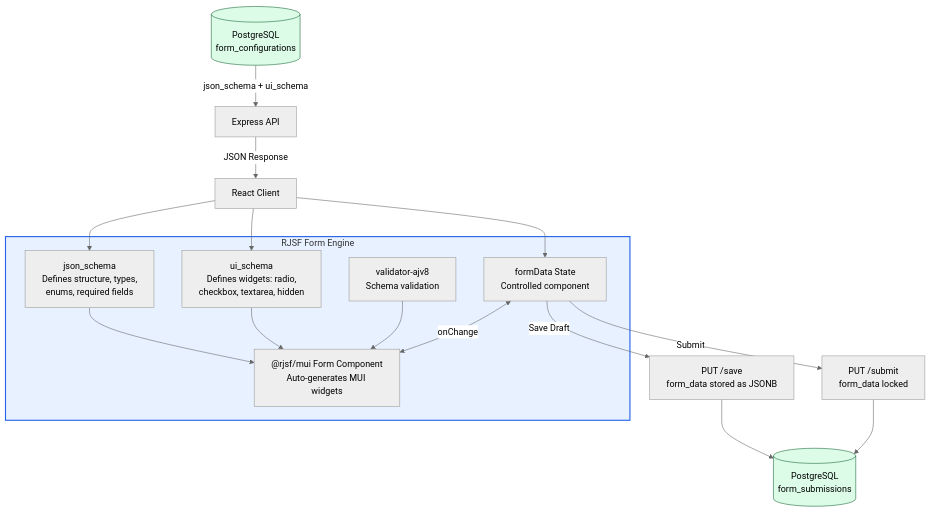
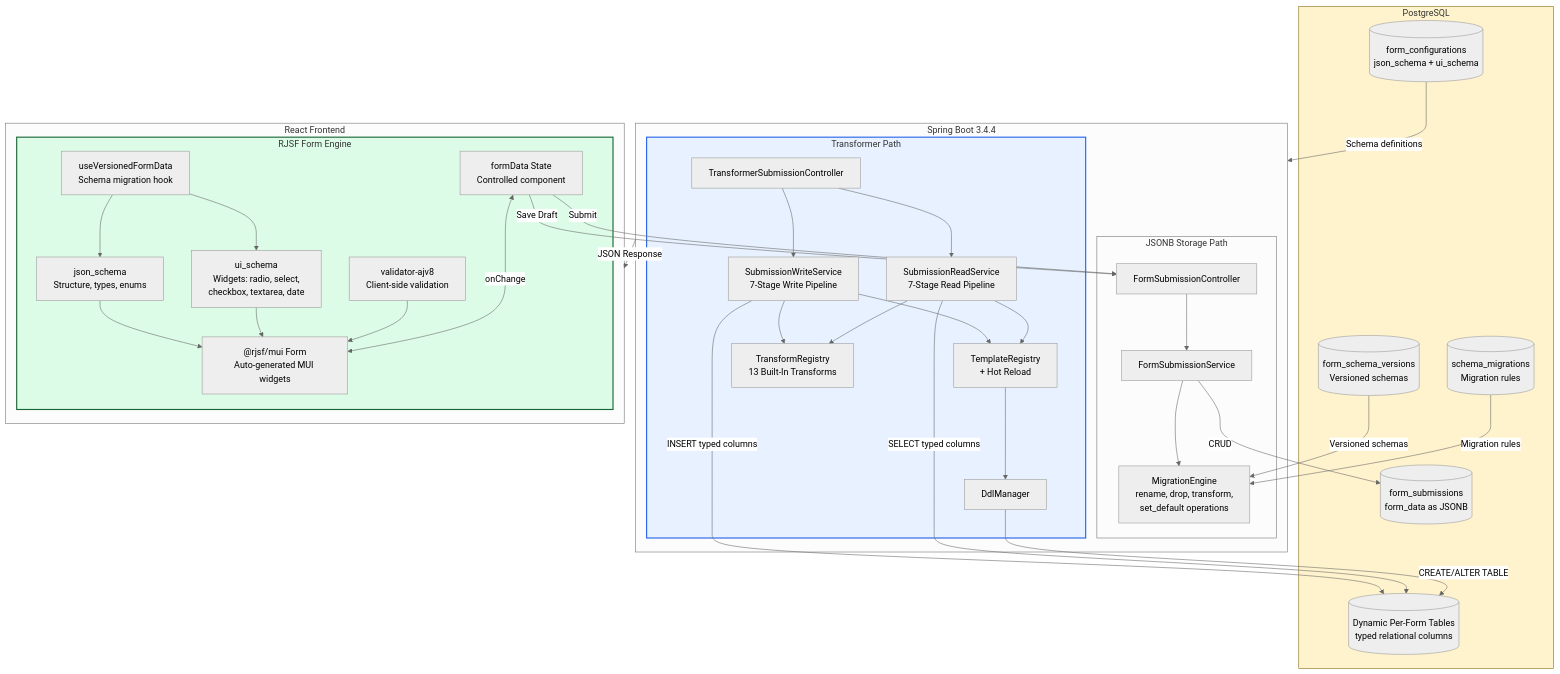
Before and after one commit to jphipps42/RJSF-POC: the diagram in docs/diagrams/rjsf-data-flow.md, drawn with Mermaid (neutral theme). The commit also changed 197 other files, not shown here.

````diff
--- a/docs/diagrams/rjsf-data-flow.md
+++ b/docs/diagrams/rjsf-data-flow.md
@@ -1,32 +1,71 @@
 ```mermaid
 flowchart TD
-    DB[(PostgreSQL<br/>form_configurations)]
-    DB -->|json_schema + ui_schema| API[Express API]
-    API -->|JSON Response| Client[React Client]
-
-    subgraph RJSF["RJSF Form Engine"]
-        JS[json_schema<br/>Defines structure, types,<br/>enums, required fields]
-        US[ui_schema<br/>Defines widgets: radio,<br/>checkbox, textarea, hidden]
-        VAL[validator-ajv8<br/>Schema validation]
-        FORM["@rjsf/mui Form Component<br/>Auto-generates MUI widgets"]
-        FD[formData State<br/>Controlled component]
-
-        JS --> FORM
-        US --> FORM
-        VAL --> FORM
-        FD <-->|onChange| FORM
+    subgraph DB["PostgreSQL"]
+        FC[(form_configurations<br/>json_schema + ui_schema)]
+        FS[(form_submissions<br/>form_data as JSONB)]
+        SV[(form_schema_versions<br/>Versioned schemas)]
+        SM[(schema_migrations<br/>Migration rules)]
+        DYN[("Dynamic Per-Form Tables<br/>typed relational columns")]
     end
 
-    Client --> JS
-    Client --> US
-    Client --> FD
+    subgraph API["Spring Boot 3.4.4"]
+        subgraph ExistingPath["JSONB Storage Path"]
+            CTRL[FormSubmissionController]
+            SVC[FormSubmissionService]
+            MIG[MigrationEngine<br/>rename, drop, transform,<br/>set_default operations]
+            CTRL --> SVC
+            SVC --> MIG
+        end
 
-    FD -->|Save Draft| SAVE[PUT /save<br/>form_data stored as JSONB]
-    FD -->|Submit| SUB[PUT /submit<br/>form_data locked]
-    SAVE --> DB2[(PostgreSQL<br/>form_submissions)]
-    SUB --> DB2
+        subgraph TransformerPath["Transformer Path"]
+            T_CTL[TransformerSubmissionController]
+            T_WR[SubmissionWriteService<br/>7-Stage Write Pipeline]
+            T_RD[SubmissionReadService<br/>7-Stage Read Pipeline]
+            T_REG[TemplateRegistry<br/>+ Hot Reload]
+            T_TRN[TransformRegistry<br/>13 Built-In Transforms]
+            T_DDL[DdlManager]
 
-    style RJSF fill:#e7f1ff,stroke:#2563eb,stroke-width:2px
-    style DB fill:#dcfce7,stroke:#166534
-    style DB2 fill:#dcfce7,stroke:#166534
+            T_CTL --> T_WR
+            T_CTL --> T_RD
+            T_WR --> T_REG
+            T_WR --> T_TRN
+            T_RD --> T_REG
+            T_RD --> T_TRN
+            T_REG --> T_DDL
+        end
+    end
+
+    subgraph Client["React Frontend"]
+        subgraph RJSF["RJSF Form Engine"]
+            JS["json_schema<br/>Structure, types, enums"]
+            US["ui_schema<br/>Widgets: radio, select,<br/>checkbox, textarea, date"]
+            VAL["validator-ajv8<br/>Client-side validation"]
+            FORM["@rjsf/mui Form<br/>Auto-generated MUI widgets"]
+            FD["formData State<br/>Controlled component"]
+            VH["useVersionedFormData<br/>Schema migration hook"]
+
+            VH --> JS
+            VH --> US
+            JS --> FORM
+            US --> FORM
+            VAL --> FORM
+            FD <-->|onChange| FORM
+        end
+    end
+
+    FC -->|Schema definitions| API
+    SV -->|Versioned schemas| MIG
+    SM -->|Migration rules| MIG
+    SVC -->|CRUD| FS
+    T_WR -->|INSERT typed columns| DYN
+    T_RD -->|SELECT typed columns| DYN
+    T_DDL -->|CREATE/ALTER TABLE| DYN
+
+    API -->|JSON Response| Client
+    FD -->|Save Draft| CTRL
+    FD -->|Submit| CTRL
+
+    style TransformerPath fill:#e7f1ff,stroke:#2563eb,stroke-width:2px
+    style RJSF fill:#dcfce7,stroke:#166534,stroke-width:2px
+    style DB fill:#fff3cd,stroke:#856404
 ```
````
